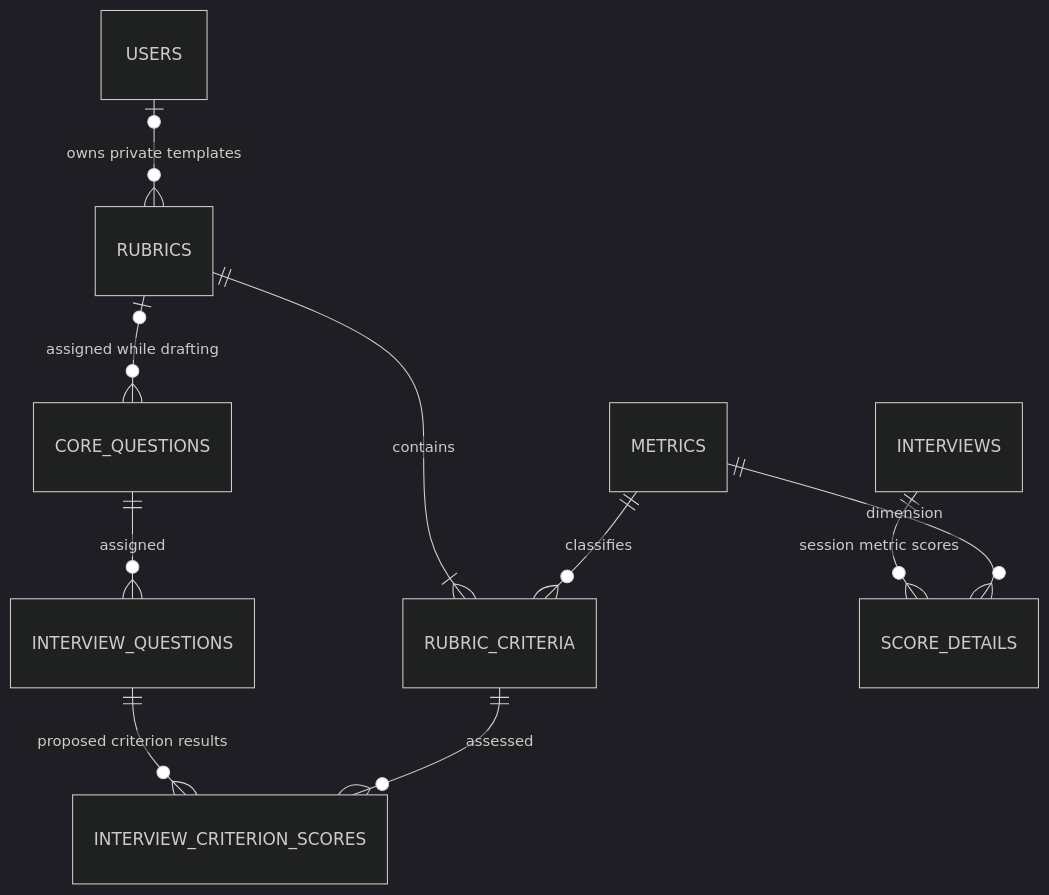
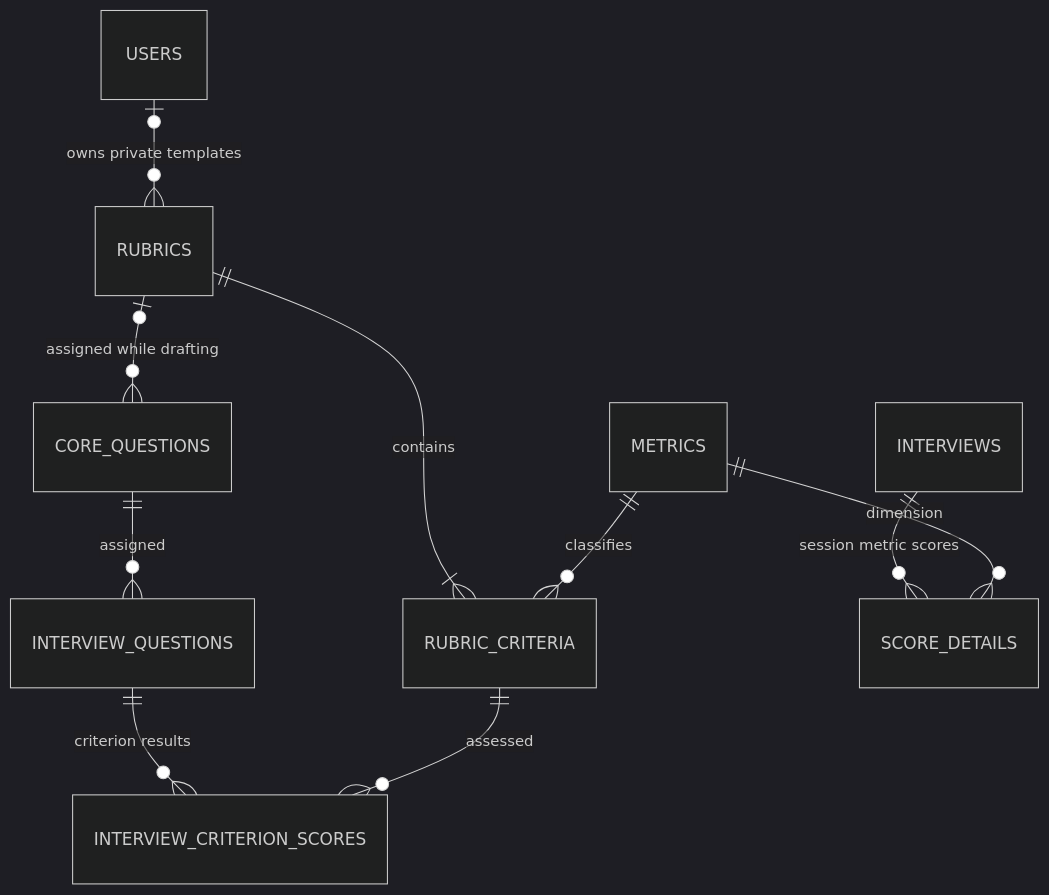
The second of 5 diagrams in 02_System/Domain-Model.md (cog-forge/role-cue-brain), drawn with Mermaid (dark theme) before and after one commit. The commit also changed other lines of this file and 16 other files, not shown here.

````diff
--- a/02_System/Domain-Model.md
+++ b/02_System/Domain-Model.md
@@ -360,12 +360,12 @@
 ```mermaid
 erDiagram
     USERS o|--o{ RUBRICS : "owns private templates"
     RUBRICS ||--|{ RUBRIC_CRITERIA : contains
     METRICS ||--o{ RUBRIC_CRITERIA : classifies
     RUBRICS o|--o{ CORE_QUESTIONS : "assigned while drafting"
     CORE_QUESTIONS ||--o{ INTERVIEW_QUESTIONS : assigned
-    INTERVIEW_QUESTIONS ||--o{ INTERVIEW_CRITERION_SCORES : "proposed criterion results"
+    INTERVIEW_QUESTIONS ||--o{ INTERVIEW_CRITERION_SCORES : "criterion results"
     RUBRIC_CRITERIA ||--o{ INTERVIEW_CRITERION_SCORES : assessed
     INTERVIEWS ||--o{ SCORE_DETAILS : "session metric scores"
     METRICS ||--o{ SCORE_DETAILS : dimension
 ```
````
